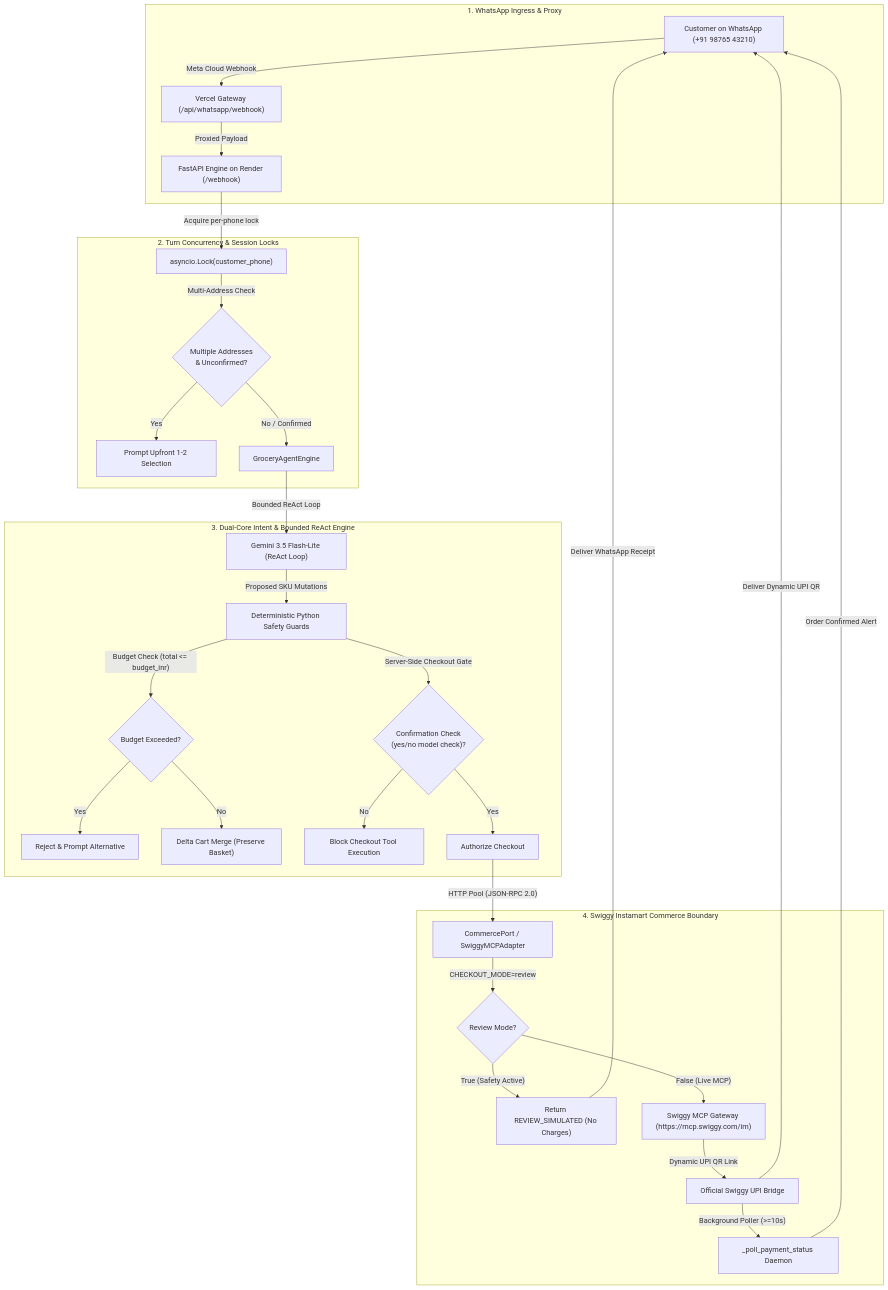
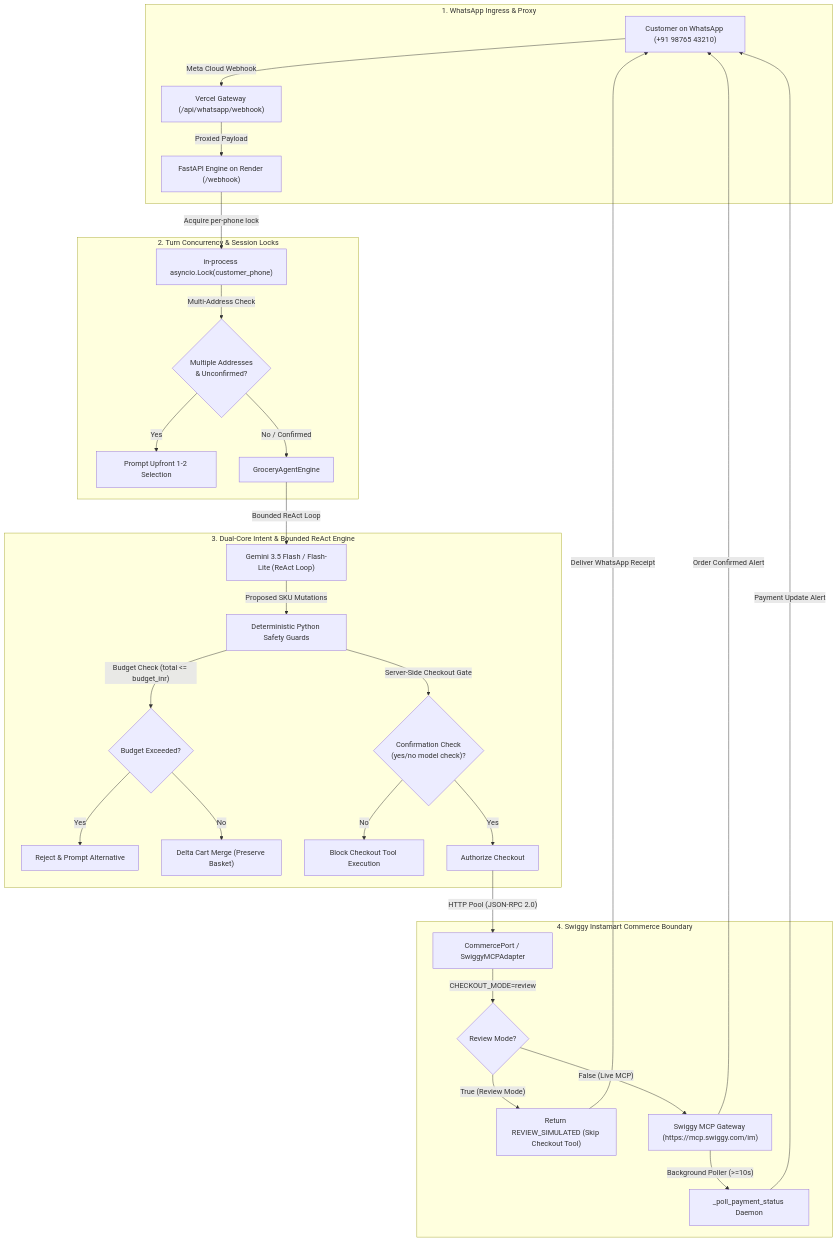
The diagram in docs/SWIGGY_BUILDER_CLUB_APPLICATION.md (kwakhare5/Grocer), drawn with Mermaid before and after one commit. The commit also changed other lines of this file and 2 other files, not shown here.

````diff
--- a/docs/SWIGGY_BUILDER_CLUB_APPLICATION.md
+++ b/docs/SWIGGY_BUILDER_CLUB_APPLICATION.md
@@ -126,38 +125,37 @@
 ```mermaid
 flowchart TD
     subgraph Ingress ["1. WhatsApp Ingress & Proxy"]
         WA["Customer on WhatsApp (+91 98765 43210)"] -->|"Meta Cloud Webhook"| Vercel["Vercel Gateway (/api/whatsapp/webhook)"]
         Vercel -->|"Proxied Payload"| FastAPI["FastAPI Engine on Render (/webhook)"]
     end
 
     subgraph Concurrency ["2. Turn Concurrency & Session Locks"]
-        FastAPI -->|"Acquire per-phone lock"| Lock["asyncio.Lock(customer_phone)"]
+        FastAPI -->|"Acquire per-phone lock"| Lock["in-process asyncio.Lock(customer_phone)"]
         Lock -->|"Multi-Address Check"| AddrGuard{"Multiple Addresses\n& Unconfirmed?"}
         AddrGuard -->|"Yes"| AddrPrompt["Prompt Upfront 1-2 Selection"]
         AddrGuard -->|"No / Confirmed"| Engine["GroceryAgentEngine"]
     end
 
     subgraph DualCore ["3. Dual-Core Intent & Bounded ReAct Engine"]
-        Engine -->|"Bounded ReAct Loop"| Gemini["Gemini 3.5 Flash-Lite (ReAct Loop)"]
+        Engine -->|"Bounded ReAct Loop"| Gemini["Gemini 3.5 Flash / Flash-Lite (ReAct Loop)"]
         Gemini -->|"Proposed SKU Mutations"| Guards["Deterministic Python Safety Guards"]
         Guards -->|"Budget Check (total <= budget_inr)"| BudgetGuard{"Budget Exceeded?"}
         BudgetGuard -->|"Yes"| BudgetReject["Reject & Prompt Alternative"]
         BudgetGuard -->|"No"| DeltaMerge["Delta Cart Merge (Preserve Basket)"]
         Guards -->|"Server-Side Checkout Gate"| Gate{"Confirmation Check\n(yes/no model check)?"}
         Gate -->|"No"| Block["Block Checkout Tool Execution"]
         Gate -->|"Yes"| Auth["Authorize Checkout"]
     end
 
     subgraph Commerce ["4. Swiggy Instamart Commerce Boundary"]
         Auth -->|"HTTP Pool (JSON-RPC 2.0)"| Port["CommercePort / SwiggyMCPAdapter"]
         Port -->|"CHECKOUT_MODE=review"| ReviewGate{"Review Mode?"}
-        ReviewGate -->|"True (Safety Active)"| Sim["Return REVIEW_SIMULATED (No Charges)"]
+        ReviewGate -->|"True (Review Mode)"| Sim["Return REVIEW_SIMULATED (Skip Checkout Tool)"]
         ReviewGate -->|"False (Live MCP)"| LiveMCP["Swiggy MCP Gateway (https://mcp.swiggy.com/im)"]
-        LiveMCP -->|"Dynamic UPI QR Link"| PayLink["Official Swiggy UPI Bridge"]
-        PayLink -->|"Background Poller (>=10s)"| Poller["_poll_payment_status Daemon"]
+        LiveMCP -->|"Background Poller (>=10s)"| Poller["_poll_payment_status Daemon"]
     end
 
     Sim -->|"Deliver WhatsApp Receipt"| WA
-    PayLink -->|"Deliver Dynamic UPI QR"| WA
-    Poller -->|"Order Confirmed Alert"| WA
+    LiveMCP -->|"Order Confirmed Alert"| WA
+    Poller -->|"Payment Update Alert"| WA
 ```
````
